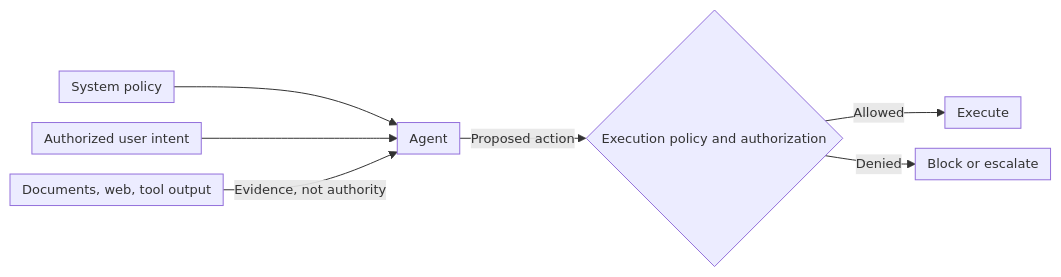
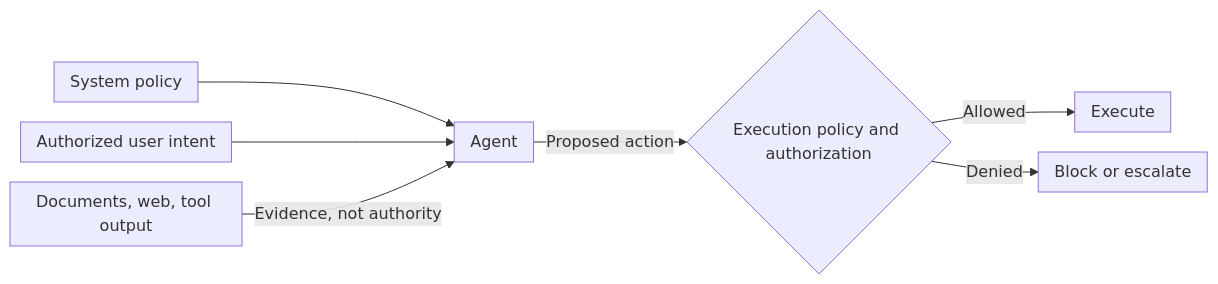
One commit to raoulbia-ai/agentic-ai-engineering-framework changed the second of 2 diagrams in skill/references/03-integrate.md. Above: the diagram before and after it, drawn with Mermaid. The commit also changed other lines of this file and 4 other files, not shown here.

Commit message:
Compact flowcharts: left-to-right layout, short labels, tighter spacing

````diff
--- a/skill/references/03-integrate.md
+++ b/skill/references/03-integrate.md
@@ -34,10 +34,10 @@
 ```mermaid
-%%{init: {"flowchart": {"nodeSpacing": 20, "rankSpacing": 22, "padding": 6, "wrappingWidth": 260}, "themeVariables": {"fontSize": "13px"}}}%%
+%%{init: {"flowchart": {"nodeSpacing": 20, "rankSpacing": 25, "padding": 8}}}%%
 flowchart LR
     P[System policy] --> Agent[Agent]
     U[Authorized user intent] --> Agent
     D[Documents, web, tool output] -->|Evidence, not authority| Agent
     Agent -->|Proposed action| Gate{Execution policy and authorization}
     Gate -->|Allowed| Action[Execute]
     Gate -->|Denied| Hold[Block or escalate]
 ```
````
